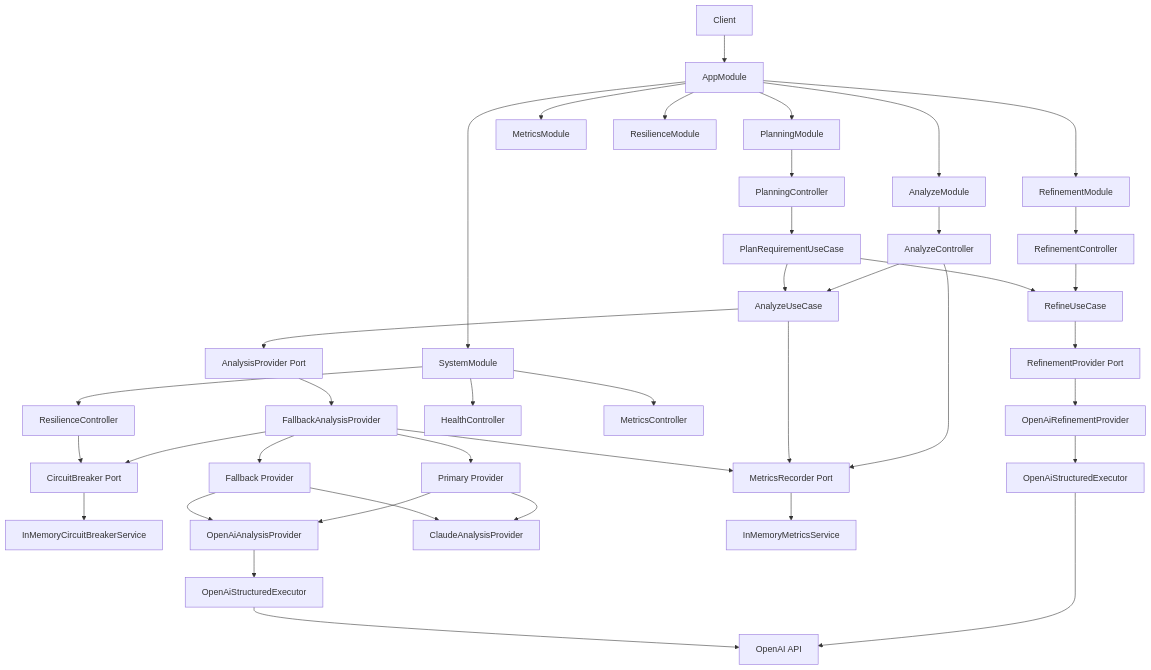
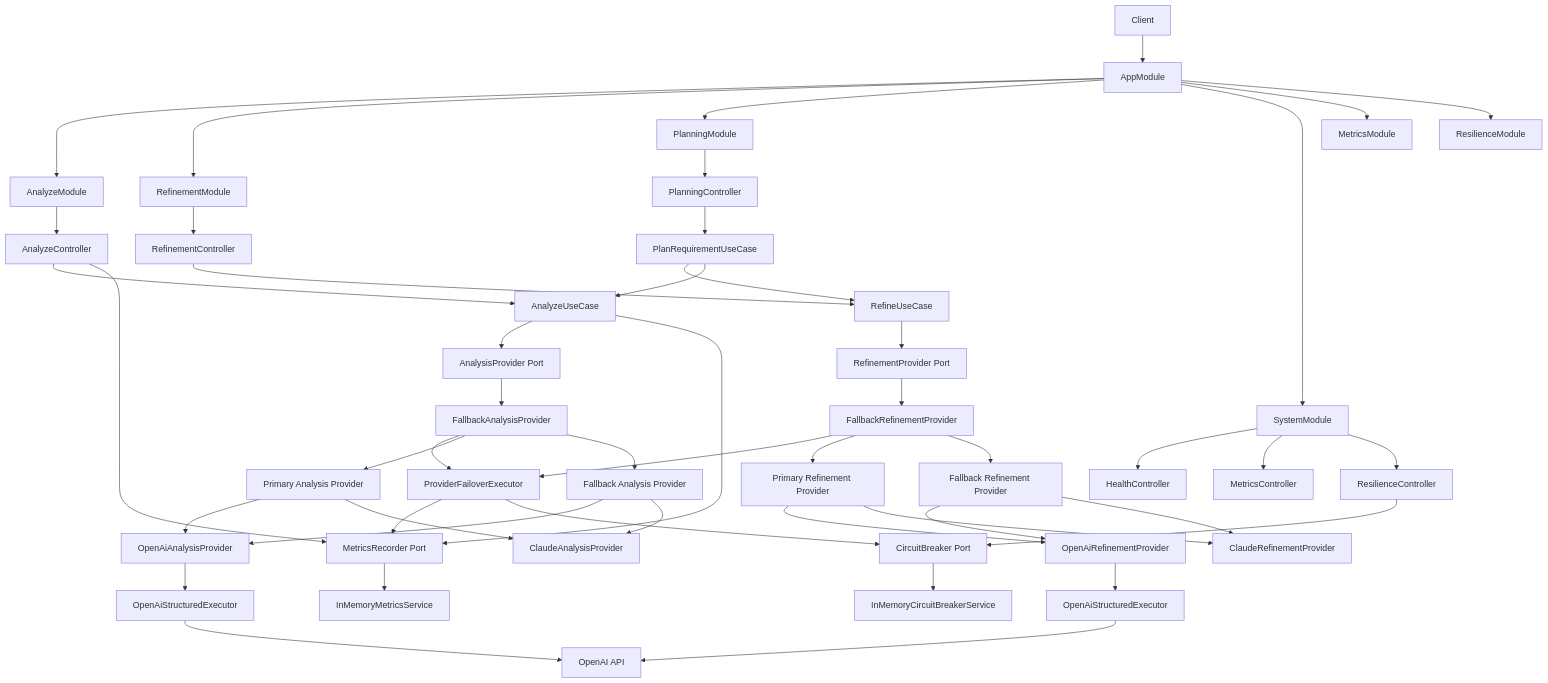
The diagram in docs/diagrams/architecture-overview.md (gustavoarielms/ai-orchestrator), drawn with Mermaid before and after one commit. The commit also changed 4 other files, not shown here.

First line of the commit message:
docs(architecture): align diagrams and docs with shared failover strategy

````diff
--- a/docs/diagrams/architecture-overview.md
+++ b/docs/diagrams/architecture-overview.md
@@ -3,54 +3,56 @@
 ```mermaid
 flowchart TD
     Client[Client] --> App[AppModule]
 
     App --> AnalyzeModule[AnalyzeModule]
     App --> RefinementModule[RefinementModule]
     App --> PlanningModule[PlanningModule]
     App --> SystemModule[SystemModule]
     App --> MetricsModule[MetricsModule]
     App --> ResilienceModule[ResilienceModule]
 
     AnalyzeModule --> AnalyzeController[AnalyzeController]
     AnalyzeController --> AnalyzeUseCase[AnalyzeUseCase]
     AnalyzeUseCase --> AnalysisProvider[AnalysisProvider Port]
     AnalyzeController --> MetricsRecorder[MetricsRecorder Port]
     AnalyzeUseCase --> MetricsRecorder
+    AnalysisProvider --> AnalyzeFallbackProvider[FallbackAnalysisProvider]
+    AnalyzeFallbackProvider --> FailoverExecutor[ProviderFailoverExecutor]
+    AnalyzeFallbackProvider --> AnalyzePrimary[Primary Analysis Provider]
+    AnalyzeFallbackProvider --> AnalyzeFallback[Fallback Analysis Provider]
+    AnalyzePrimary --> OpenAIProvider[OpenAiAnalysisProvider]
+    AnalyzePrimary --> ClaudeProvider[ClaudeAnalysisProvider]
+    AnalyzeFallback --> OpenAIProvider
+    AnalyzeFallback --> ClaudeProvider
+    OpenAIProvider --> AnalyzeExecutor[OpenAiStructuredExecutor]
+    AnalyzeExecutor --> OpenAI[OpenAI API]
 
     RefinementModule --> RefinementController[RefinementController]
     RefinementController --> RefineUseCase[RefineUseCase]
     RefineUseCase --> RefinementProvider[RefinementProvider Port]
-    RefinementProvider --> OpenAiRefinementProvider[OpenAiRefinementProvider]
+    RefinementProvider --> RefinementFallbackProvider[FallbackRefinementProvider]
+    RefinementFallbackProvider --> FailoverExecutor
+    RefinementFallbackProvider --> RefinementPrimary[Primary Refinement Provider]
+    RefinementFallbackProvider --> RefinementFallback[Fallback Refinement Provider]
+    RefinementPrimary --> OpenAiRefinementProvider[OpenAiRefinementProvider]
+    RefinementPrimary --> ClaudeRefinementProvider[ClaudeRefinementProvider]
+    RefinementFallback --> OpenAiRefinementProvider
+    RefinementFallback --> ClaudeRefinementProvider
     OpenAiRefinementProvider --> RefinementExecutor[OpenAiStructuredExecutor]
-    RefinementExecutor --> OpenAI[OpenAI API]
+    RefinementExecutor --> OpenAI
 
     PlanningModule --> PlanningController[PlanningController]
     PlanningController --> PlanUseCase[PlanRequirementUseCase]
     PlanUseCase --> RefineUseCase
     PlanUseCase --> AnalyzeUseCase
 
-    AnalysisProvider --> FallbackProvider[FallbackAnalysisProvider]
-
-    FallbackProvider --> CircuitBreaker[CircuitBreaker Port]
-    CircuitBreaker --> InMemoryCircuitBreaker[InMemoryCircuitBreakerService]
-
-    FallbackProvider --> PrimaryProvider[Primary Provider]
-    FallbackProvider --> SecondaryProvider[Fallback Provider]
-
-    PrimaryProvider --> OpenAIProvider[OpenAiAnalysisProvider]
-    PrimaryProvider --> ClaudeProvider[ClaudeAnalysisProvider]
-
-    SecondaryProvider --> OpenAIProvider
-    SecondaryProvider --> ClaudeProvider
-
-    OpenAIProvider --> AnalyzeExecutor[OpenAiStructuredExecutor]
-    AnalyzeExecutor --> OpenAI
-
     SystemModule --> HealthController[HealthController]
     SystemModule --> MetricsController[MetricsController]
     SystemModule --> ResilienceController[ResilienceController]
 
     MetricsRecorder --> InMemoryMetrics[InMemoryMetricsService]
-    ResilienceController --> CircuitBreaker
-    FallbackProvider --> MetricsRecorder
+    ResilienceController --> CircuitBreaker[CircuitBreaker Port]
+    CircuitBreaker --> InMemoryCircuitBreaker[InMemoryCircuitBreakerService]
+    FailoverExecutor --> MetricsRecorder
+    FailoverExecutor --> CircuitBreaker
 ```
````
